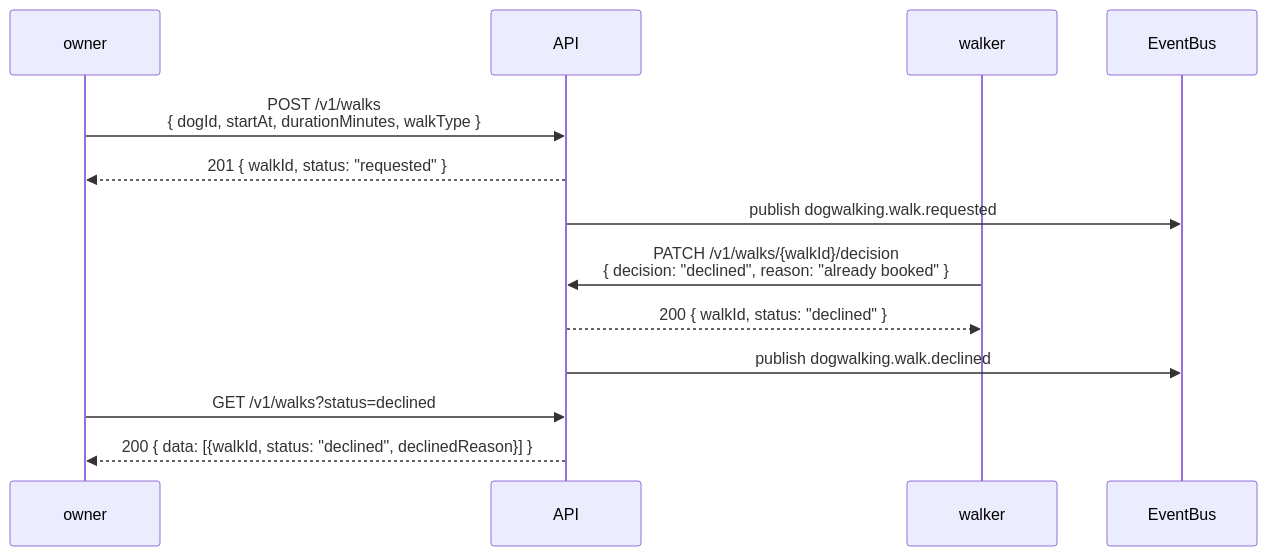
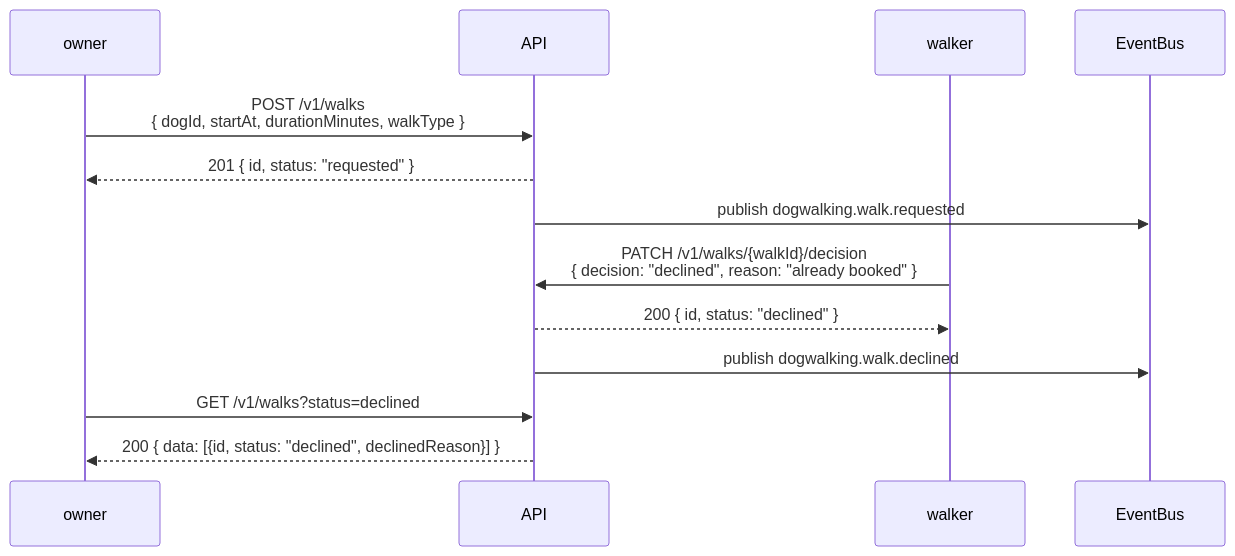
Before and after one commit to dataGriff/spec-dog-walking: the eighth of 12 diagrams in docs/specifications/sequence-diagrams.md, drawn with Mermaid. The commit also changed other lines of this file and 2 other files, not shown here.

First line of the commit message:
feat(flows): fix Flow 1 register body, cover new stories, align keys and ordering

````diff
--- a/docs/specifications/sequence-diagrams.md
+++ b/docs/specifications/sequence-diagrams.md
@@ -179,18 +209,18 @@
 ```mermaid
 sequenceDiagram
     participant owner
     participant API
     participant walker
     participant EventBus
 
     owner->>API: POST /v1/walks<br/>{ dogId, startAt, durationMinutes, walkType }
-    API-->>owner: 201 { walkId, status: "requested" }
+    API-->>owner: 201 { id, status: "requested" }
     API->>EventBus: publish dogwalking.walk.requested
 
     walker->>API: PATCH /v1/walks/{walkId}/decision<br/>{ decision: "declined", reason: "already booked" }
-    API-->>walker: 200 { walkId, status: "declined" }
+    API-->>walker: 200 { id, status: "declined" }
     API->>EventBus: publish dogwalking.walk.declined
 
     owner->>API: GET /v1/walks?status=declined
-    API-->>owner: 200 { data: [{walkId, status: "declined", declinedReason}] }
+    API-->>owner: 200 { data: [{id, status: "declined", declinedReason}] }
 ```
````
